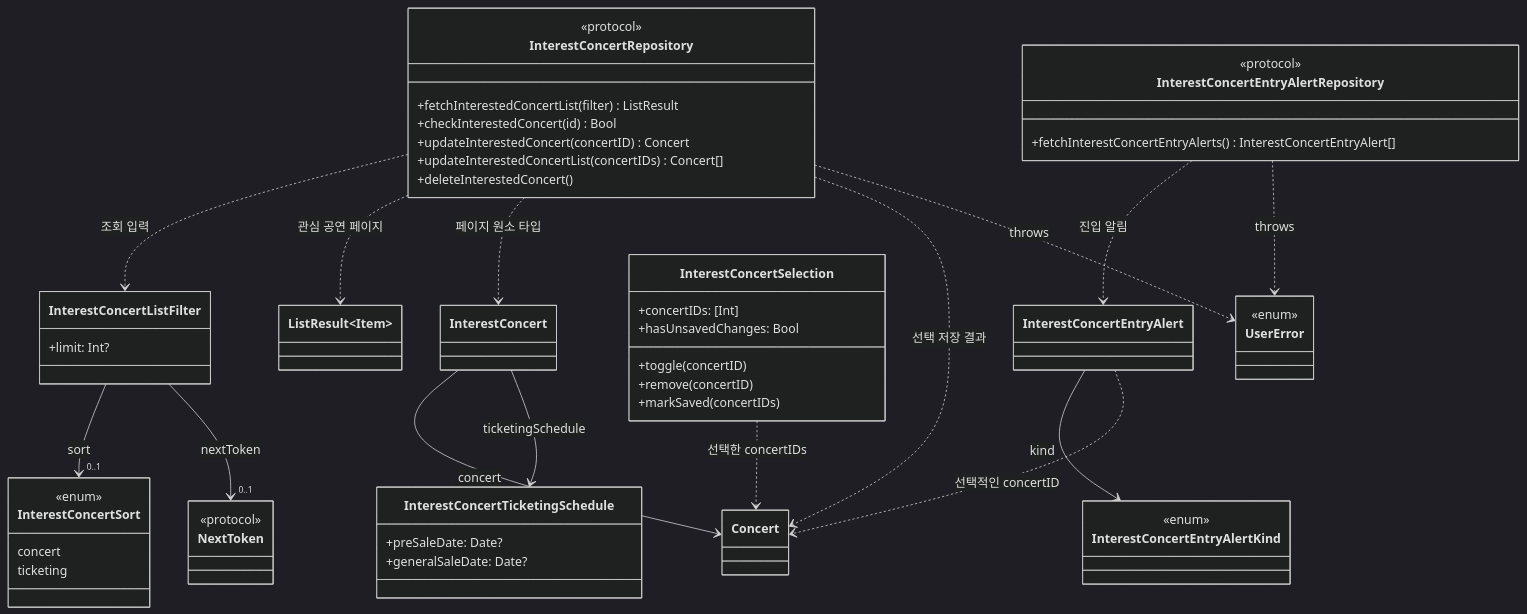
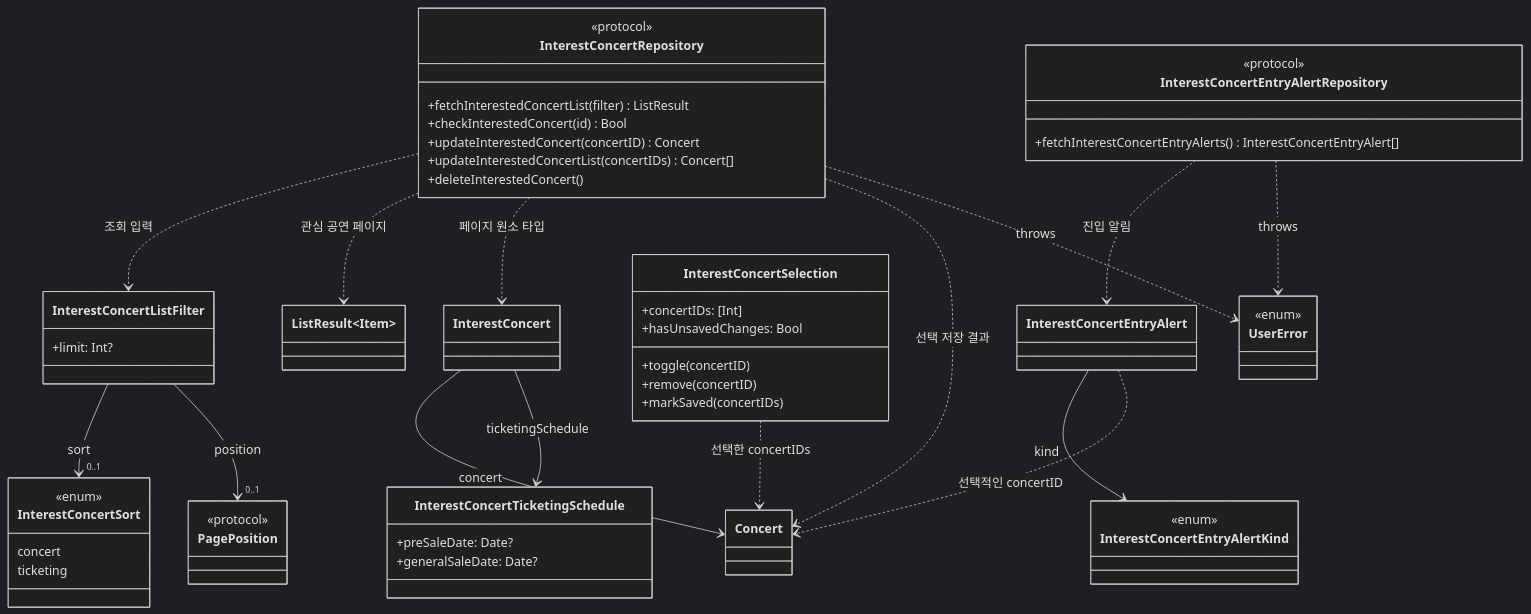
The fourth of 11 diagrams in Projects/Domain/README.md (mediunn/Livith-iOS), drawn with Mermaid (dark theme) before and after one commit. The commit also changed other lines of this file and 42 other files, not shown here.

````diff
--- a/Projects/Domain/README.md
+++ b/Projects/Domain/README.md
@@ -213,62 +213,62 @@
 ```mermaid
 classDiagram
     class InterestConcertRepository {
         <<protocol>>
         +fetchInterestedConcertList(filter) ListResult
         +checkInterestedConcert(id) Bool
         +updateInterestedConcert(concertID) Concert
         +updateInterestedConcertList(concertIDs) Concert[]
         +deleteInterestedConcert()
     }
     class InterestConcertEntryAlertRepository {
         <<protocol>>
         +fetchInterestConcertEntryAlerts() InterestConcertEntryAlert[]
     }
     class InterestConcert
     class InterestConcertTicketingSchedule {
         +preSaleDate: Date?
         +generalSaleDate: Date?
     }
     class InterestConcertListFilter {
         +limit: Int?
     }
     class InterestConcertSort {
         <<enum>>
         concert
         ticketing
     }
     class InterestConcertEntryAlert
     class InterestConcertEntryAlertKind {
         <<enum>>
     }
     class InterestConcertSelection {
         +concertIDs: [Int]
         +hasUnsavedChanges: Bool
         +toggle(concertID)
         +remove(concertID)
         +markSaved(concertIDs)
     }
     class Concert
     class UserError {
         <<enum>>
     }
     class ListResult~Item~
-    class NextToken {
+    class PagePosition {
         <<protocol>>
     }
 
     InterestConcertRepository ..> InterestConcertListFilter : 조회 입력
     InterestConcertRepository ..> ListResult : 관심 공연 페이지
     InterestConcertRepository ..> InterestConcert : 페이지 원소 타입
     InterestConcertRepository ..> Concert : 선택 저장 결과
     InterestConcertRepository ..> UserError : throws
     InterestConcertEntryAlertRepository ..> InterestConcertEntryAlert : 진입 알림
     InterestConcertEntryAlertRepository ..> UserError : throws
     InterestConcert --> Concert : concert
     InterestConcert --> InterestConcertTicketingSchedule : ticketingSchedule
     InterestConcertListFilter --> "0..1" InterestConcertSort : sort
-    InterestConcertListFilter --> "0..1" NextToken : nextToken
+    InterestConcertListFilter --> "0..1" PagePosition : position
     InterestConcertEntryAlert --> InterestConcertEntryAlertKind : kind
     InterestConcertEntryAlert ..> Concert : 선택적인 concertID
     InterestConcertSelection ..> Concert : 선택한 concertIDs
 ```
````
